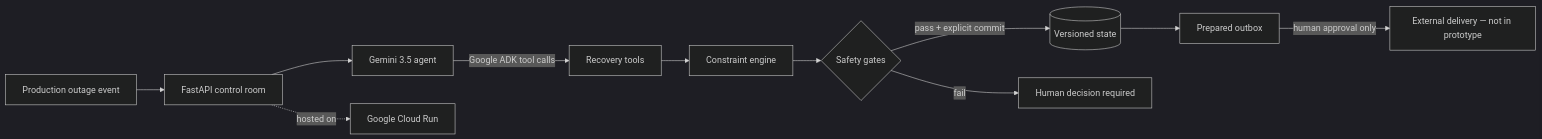
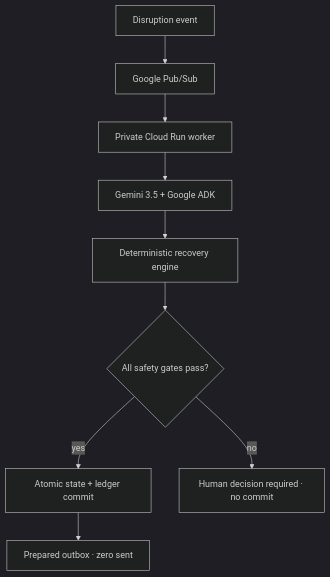
One commit to rarescos-pixel/places-again changed the diagram in README.md. Above: the diagram before and after it, drawn with Mermaid (dark theme). The commit also changed other lines of this file and 44 other files, not shown here.

````diff
--- a/README.md
+++ b/README.md
@@ -38,13 +43,11 @@
 ```mermaid
-flowchart LR
-    E[Production outage event] --> W[FastAPI control room]
-    W --> A[Gemini 3.5 agent]
-    A -->|Google ADK tool calls| T[Recovery tools]
-    T --> S[Constraint engine]
-    S --> V{Safety gates}
-    V -->|pass + explicit commit| R[(Versioned state)]
-    V -->|fail| H[Human decision required]
-    R --> O[Prepared outbox]
-    O -->|human approval only| X[External delivery — not in prototype]
-    W -. hosted on .-> C[Google Cloud Run]
+flowchart TD
+    I["Disruption event"] --> P["Google Pub/Sub"]
+    P --> W["Private Cloud Run worker"]
+    W --> G["Gemini 3.5 + Google ADK"]
+    G --> E["Deterministic recovery engine"]
+    E --> S{"All safety gates pass?"}
+    S -->|yes| C["Atomic state + ledger commit"]
+    C --> O["Prepared outbox · zero sent"]
+    S -->|no| H["Human decision required · no commit"]
 ```
````
